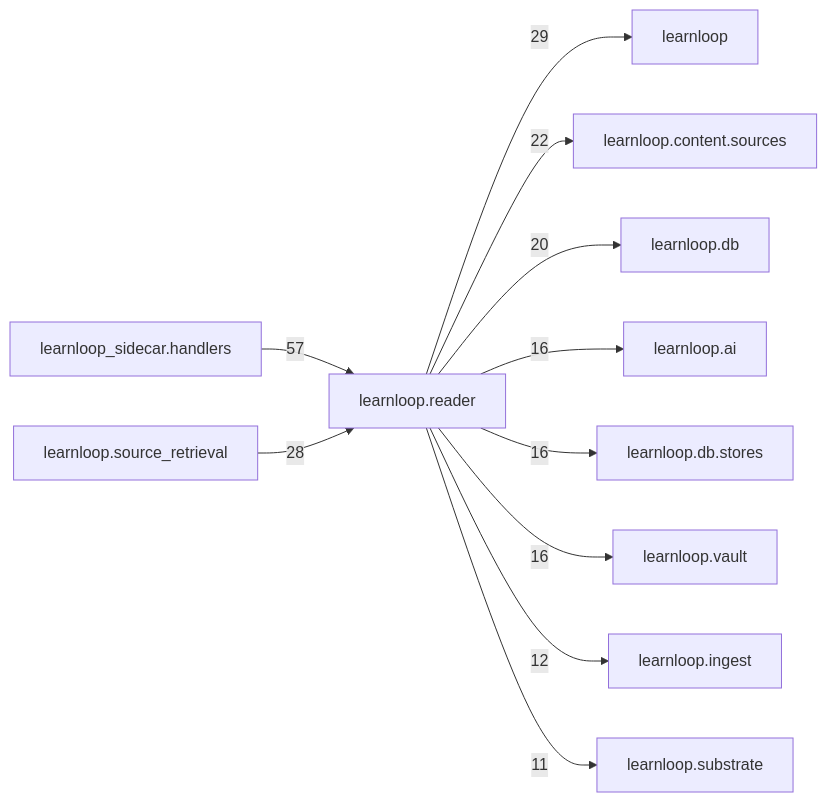
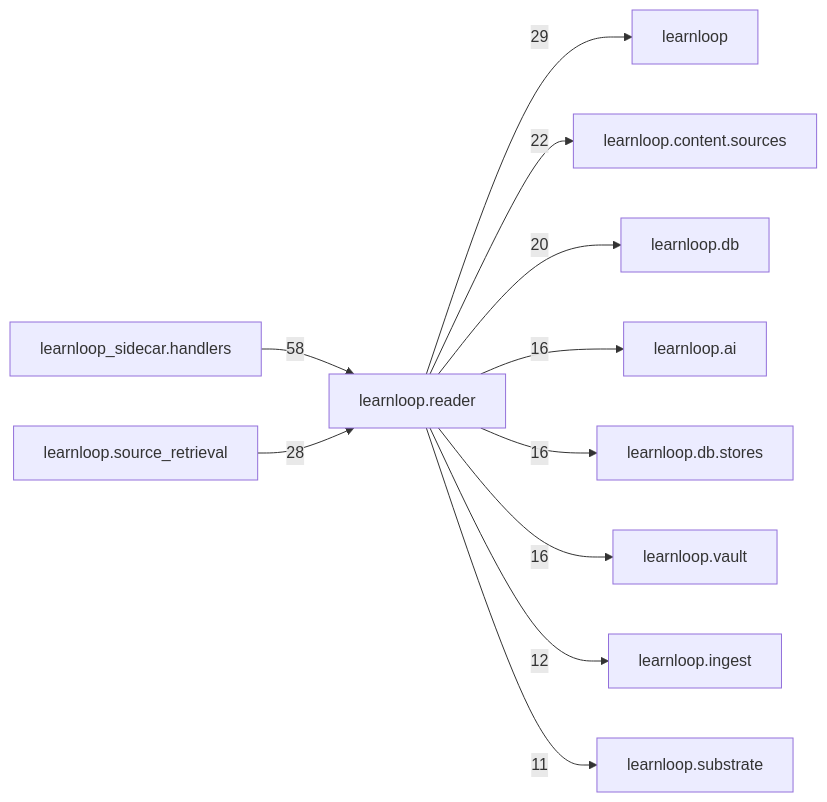
The diagram in docs/learnloop-architecture-vault/Reference/Modules/learnloop/reader/_package.md (6up-b/learnanything), drawn with Mermaid before and after one commit. The commit also changed other lines of this file and 188 other files, not shown here.

````diff
--- a/docs/learnloop-architecture-vault/Reference/Modules/learnloop/reader/_package.md
+++ b/docs/learnloop-architecture-vault/Reference/Modules/learnloop/reader/_package.md
@@ -162,24 +162,24 @@
 ```mermaid
 flowchart LR
     center["learnloop.reader"]
     n_learnloop_sidecar_handlers["learnloop_sidecar.handlers"]
     n_learnloop["learnloop"]
     n_learnloop_source_retrieval["learnloop.source_retrieval"]
     n_learnloop_content_sources["learnloop.content.sources"]
     n_learnloop_db["learnloop.db"]
     n_learnloop_ai["learnloop.ai"]
     n_learnloop_db_stores["learnloop.db.stores"]
     n_learnloop_vault["learnloop.vault"]
     n_learnloop_ingest["learnloop.ingest"]
     n_learnloop_substrate["learnloop.substrate"]
-    n_learnloop_sidecar_handlers -->|57| center
+    n_learnloop_sidecar_handlers -->|58| center
     center -->|29| n_learnloop
     n_learnloop_source_retrieval -->|28| center
     center -->|22| n_learnloop_content_sources
     center -->|20| n_learnloop_db
     center -->|16| n_learnloop_ai
     center -->|16| n_learnloop_db_stores
     center -->|16| n_learnloop_vault
     center -->|12| n_learnloop_ingest
     center -->|11| n_learnloop_substrate
 ```
````
